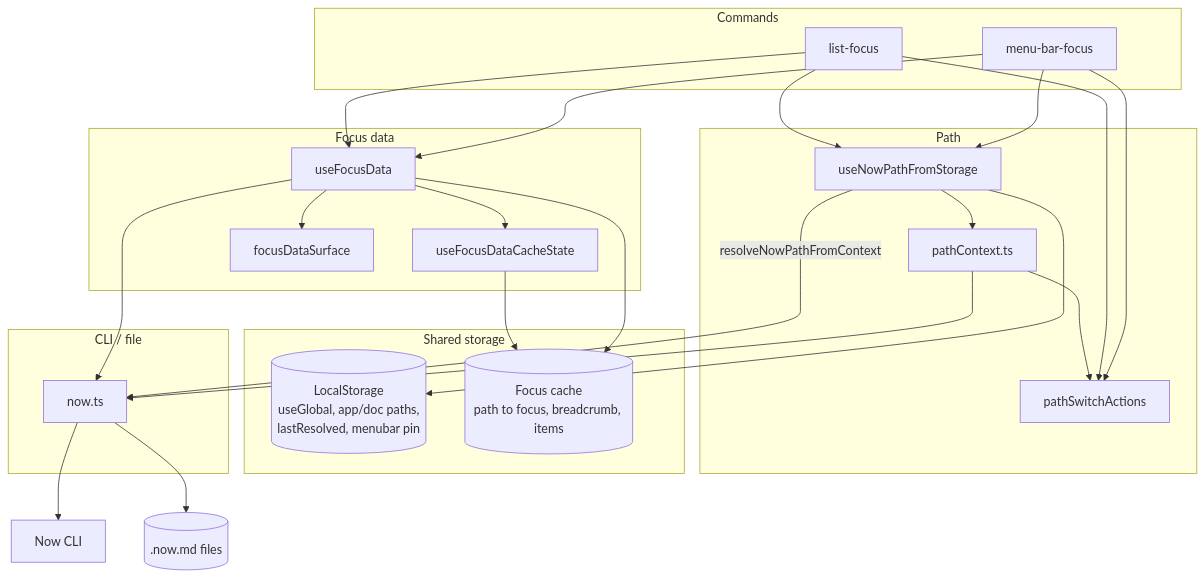
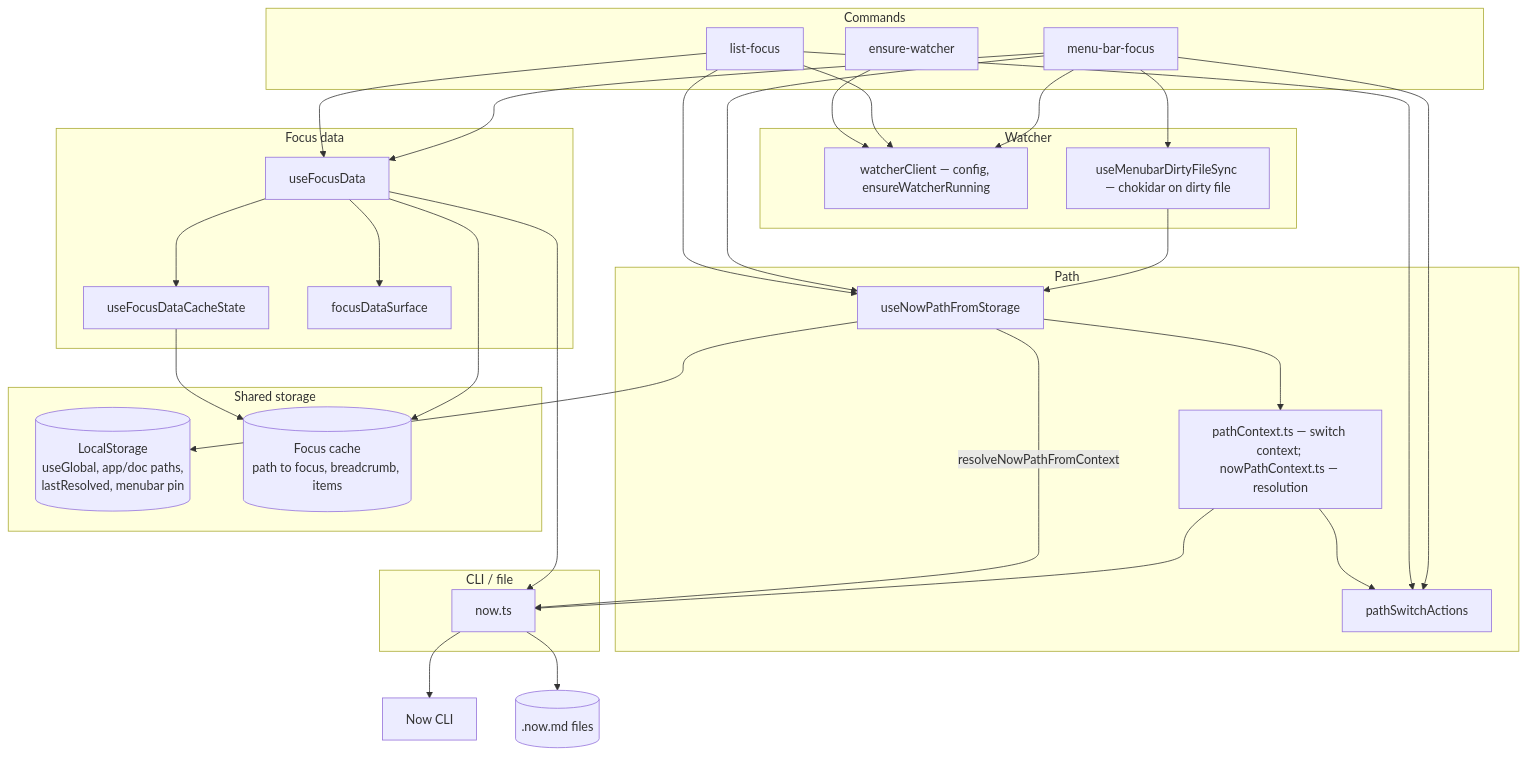
Before and after one commit to shanberg/now: the diagram in docs/c4/c3-extension-components.md, drawn with Mermaid. The commit also changed other lines of this file and 41 other files, not shown here.

First line of the commit message:
Refactor: Swift watcher, shared path switch, selection→panel registry

````diff
--- a/docs/c4/c3-extension-components.md
+++ b/docs/c4/c3-extension-components.md
@@ -5,44 +7,54 @@
 ```mermaid
 flowchart TB
   subgraph Commands["Commands"]
     LF[list-focus]
     MB[menu-bar-focus]
+    EW[ensure-watcher]
   end
   subgraph Path["Path"]
     useNowPath[useNowPathFromStorage]
-    pathCtx[pathContext.ts]
+    pathCtx[pathContext.ts — switch context; nowPathContext.ts — resolution]
     pathActions[pathSwitchActions]
   end
   subgraph Data["Focus data"]
     useFD[useFocusData]
     useFDCS[useFocusDataCacheState]
     surface[focusDataSurface]
   end
   subgraph Storage["Shared storage"]
     LS[(LocalStorage<br/>useGlobal, app/doc paths,<br/>lastResolved, menubar pin)]
     FC[(Focus cache<br/>path to focus, breadcrumb, items)]
+  end
+  subgraph Watcher["Watcher"]
+    watcherClient[watcherClient — config, ensureWatcherRunning]
+    dirtySync[useMenubarDirtyFileSync — chokidar on dirty file]
   end
   subgraph Bridge["CLI / file"]
     now[now.ts]
   end
   LF --> useNowPath
   MB --> useNowPath
   useNowPath --> LS
   useNowPath -->|resolveNowPathFromContext| now
   pathCtx --> now
   LF --> useFD
   MB --> useFD
   useFD --> useFDCS
   useFD --> surface
   useFDCS --> FC
   useFD --> now
   useFD --> FC
   pathCtx --> pathActions
   useNowPath --> pathCtx
   LF --> pathActions
   MB --> pathActions
+  EW --> watcherClient
+  LF --> watcherClient
+  MB --> watcherClient
+  MB --> dirtySync
+  dirtySync --> useNowPath
   NowCLI[Now CLI]
   NowFS[(.now.md files)]
   now --> NowCLI
   now --> NowFS
 ```
````
